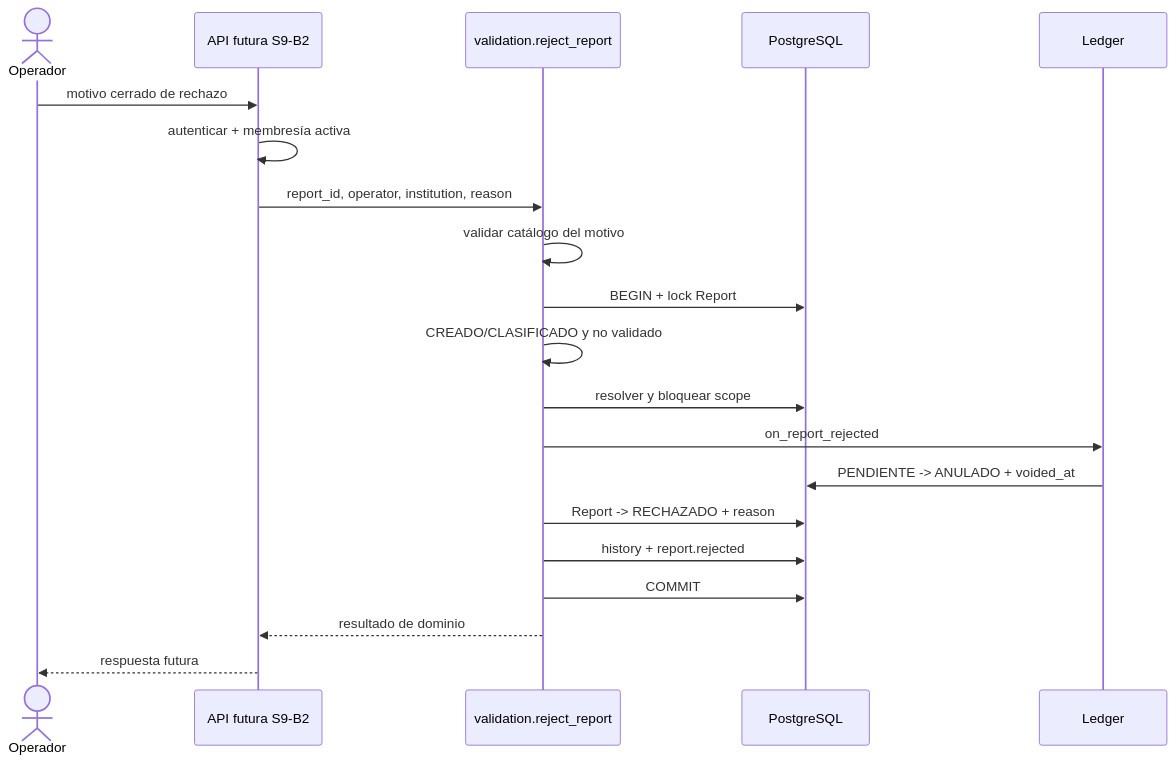
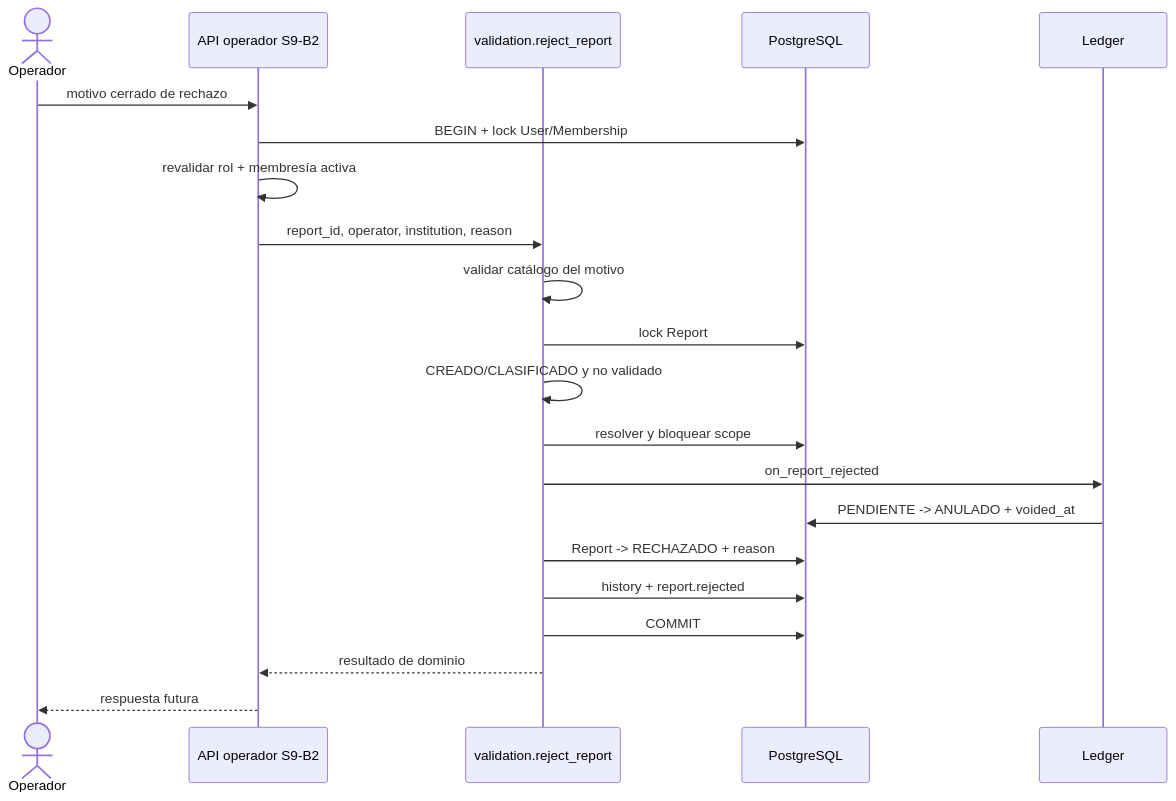
Before and after one commit to MontyPohl/ciudadania-activa: diagram 12 of 16 in docs/tesis/ACTUALIZACION_DOCUMENTO_TESIS.md, drawn with Mermaid. The commit also changed other lines of this file and 3 other files, not shown here.

````diff
--- a/docs/tesis/ACTUALIZACION_DOCUMENTO_TESIS.md
+++ b/docs/tesis/ACTUALIZACION_DOCUMENTO_TESIS.md
@@ -1521,23 +1546,24 @@
 ```mermaid
 sequenceDiagram
     actor O as Operador
-    participant A as API futura S9-B2
+    participant A as API operador S9-B2
     participant V as validation.reject_report
     participant D as PostgreSQL
     participant L as Ledger
 
     O->>A: motivo cerrado de rechazo
-    A->>A: autenticar + membresía activa
+    A->>D: BEGIN + lock User/Membership
+    A->>A: revalidar rol + membresía activa
     A->>V: report_id, operator, institution, reason
     V->>V: validar catálogo del motivo
-    V->>D: BEGIN + lock Report
+    V->>D: lock Report
     V->>V: CREADO/CLASIFICADO y no validado
     V->>D: resolver y bloquear scope
     V->>L: on_report_rejected
     L->>D: PENDIENTE -> ANULADO + voided_at
     V->>D: Report -> RECHAZADO + reason
     V->>D: history + report.rejected
     V->>D: COMMIT
     V-->>A: resultado de dominio
     A-->>O: respuesta futura
 ```
````
